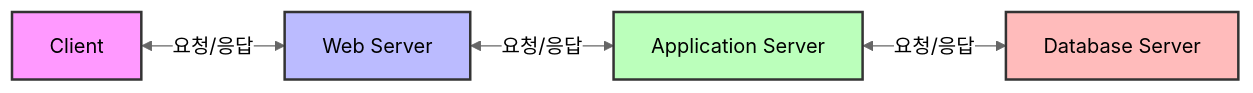
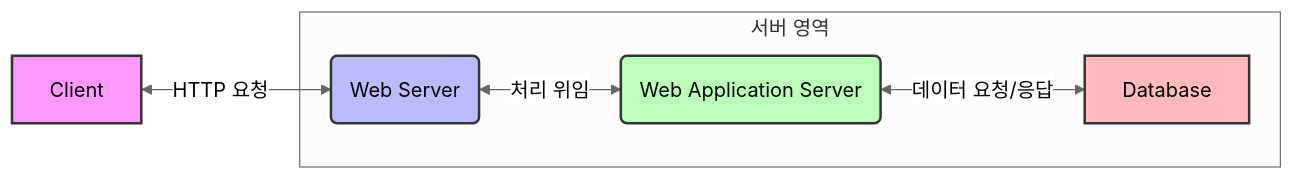
The second of 2 diagrams in Chapter I. 기반지식 학습/1. 기초 CS 이론/1. IT 리터러시/2. 앱웹 서비스를 위한 모든 것.md (hanaoverride/data-scientist-cookbook-for-korean), drawn with Mermaid (neutral theme) before and after one commit. The commit also changed other lines of this file and 132 other files, not shown here.

````diff
--- a/Chapter I. 기반지식 학습/1. 기초 CS 이론/1. IT 리터러시/2. 앱웹 서비스를 위한 모든 것.md
+++ b/Chapter I. 기반지식 학습/1. 기초 CS 이론/1. IT 리터러시/2. 앱웹 서비스를 위한 모든 것.md
@@ -104,11 +81,17 @@
 ```mermaid
 graph LR
-    A[Client] <-->|요청/응답| B[Web Server]
-    B <-->|요청/응답| C[Application Server]
-    C <-->|요청/응답| D[Database Server]
+    A[Client] <-->|HTTP 요청| B(Web Server)
+    B <-->|처리 위임| C(Web Application Server)
+    C <-->|데이터 요청/응답| D[Database]
     
+    subgraph "서버 영역"
+        B
+        C
+        D
+    end
+
     style A fill:#f9f,stroke:#333,stroke-width:2px
     style B fill:#bbf,stroke:#333,stroke-width:2px
     style C fill:#bfb,stroke:#333,stroke-width:2px
     style D fill:#fbb,stroke:#333,stroke-width:2px
 ```
````
